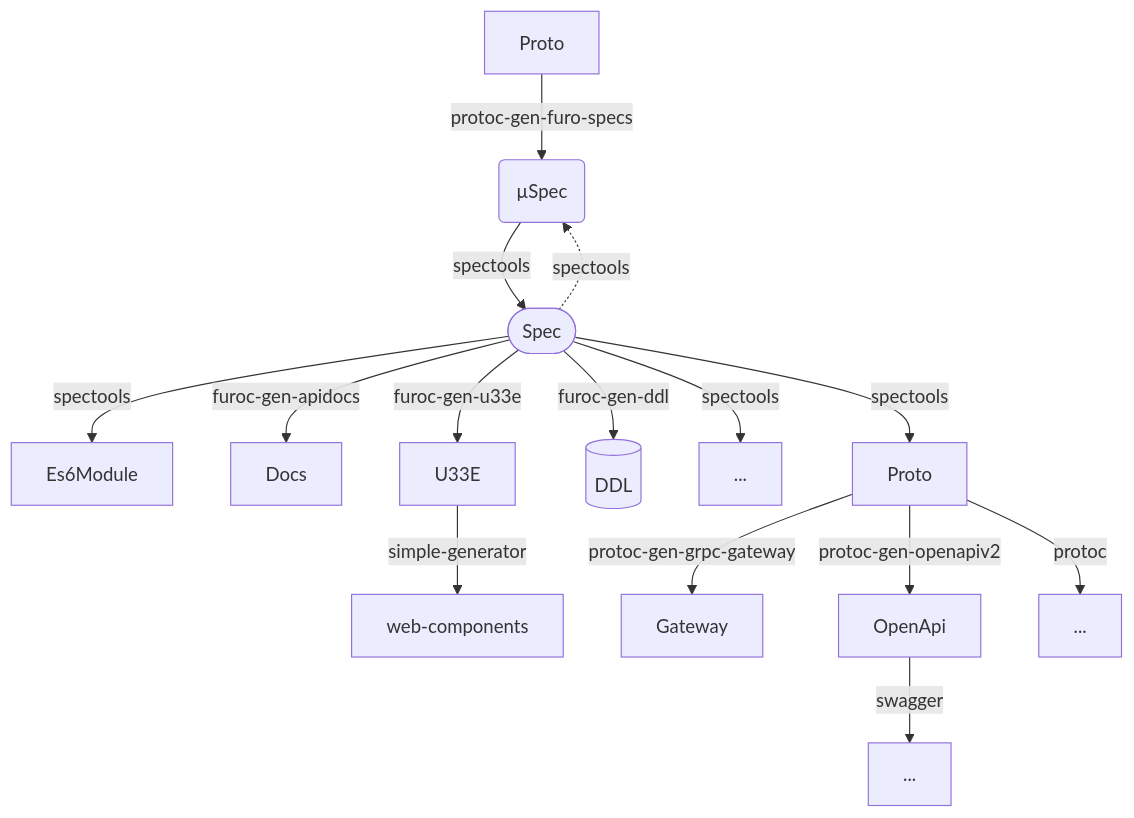
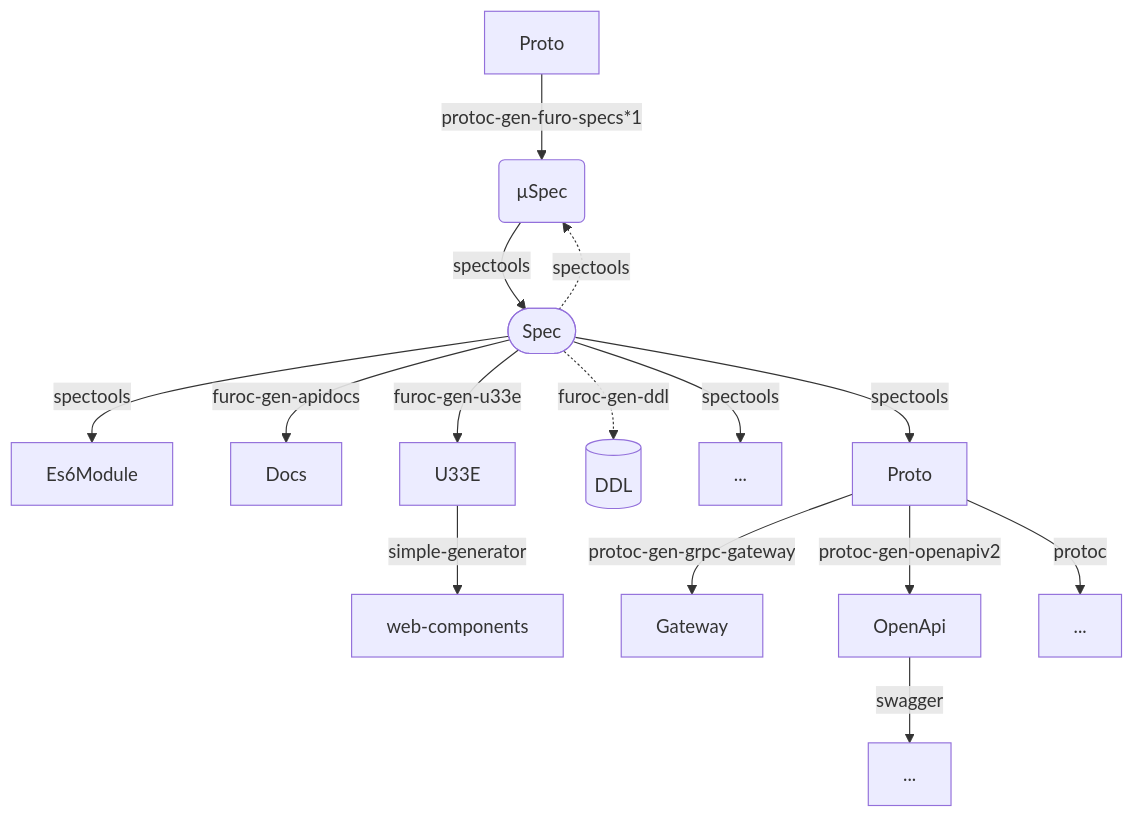
Before and after one commit to theNorstroem/spectools: the diagram in documentation/content/docs/overview.md, drawn with Mermaid. The commit also changed other lines of this file and 125 other files, not shown here.

```diff
--- a/documentation/content/docs/overview.md
+++ b/documentation/content/docs/overview.md
@@ -19,24 +19,24 @@
 {{< mermaid >}}
 graph TD
 
 µSpec(µSpec)
 Spec([Spec])
 µSpec-- spectools -->Spec
 Spec-. spectools .->µSpec
-someProto[Proto] -- protoc-gen-furo-specs --> µSpec
+someProto[Proto] -- protoc-gen-furo-specs*1 --> µSpec
 
 Spec-- spectools -->Es6Module
 Spec-- furoc-gen-apidocs -->Docs
 Spec-- furoc-gen-u33e  -->U33E
 U33E-- simple-generator  -->web-components
-Spec-- furoc-gen-ddl -->ddl[(DDL)]
+Spec-. furoc-gen-ddl .->ddl[(DDL)]
 Spec-- spectools  -->xs[...]
 Spec-- spectools -->Proto
 
 
 Proto-- protoc-gen-grpc-gateway  -->Gateway
 Proto-- protoc-gen-openapiv2  -->OpenApi
 OpenApi-- swagger  -->xo[...]
 Proto-- protoc  -->xp[...]
 
 {{< /mermaid >}}
```
